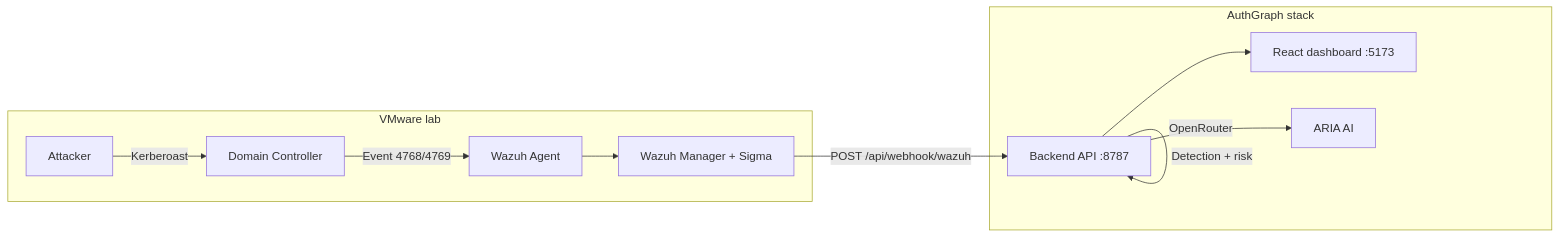
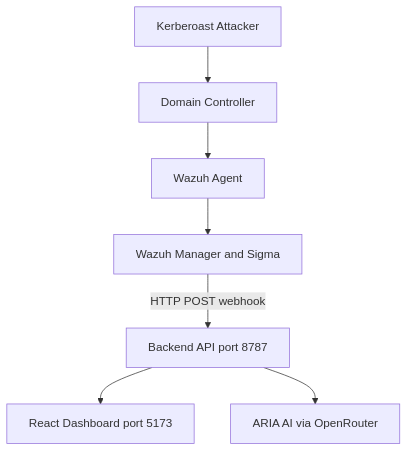
One commit to hackatonteam96-eng/Autograph changed the diagram in README.md. Above: the diagram before and after it, drawn with Mermaid. The commit also changed other lines of this file, not shown here.

Commit message:
Fix README Mermaid diagram for GitHub rendering.
Remove subgraphs, colons in node labels, and self-loops that break GitHub Mermaid; add ASCII fallback.

````diff
--- a/README.md
+++ b/README.md
@@ -25,18 +25,9 @@
 ```mermaid
-flowchart LR
-  subgraph Lab["VMware lab"]
-    A[Attacker] -->|Kerberoast| DC[Domain Controller]
-    DC -->|Event 4768/4769| WA[Wazuh Agent]
-    WA --> WM[Wazuh Manager + Sigma]
-  end
-
-  WM -->|POST /api/webhook/wazuh| API
-
-  subgraph AuthGraph["AuthGraph stack"]
-    API[Backend API :8787]
-    UI[React dashboard :5173]
-    API -->|Detection + risk| API
-    API -->|OpenRouter| ARIA[ARIA AI]
-    API --> UI
-  end
+flowchart TB
+  Attacker[Kerberoast Attacker] --> DC[Domain Controller]
+  DC --> Agent[Wazuh Agent]
+  Agent --> Manager[Wazuh Manager and Sigma]
+  Manager -->|HTTP POST webhook| API[Backend API port 8787]
+  API --> UI[React Dashboard port 5173]
+  API --> ARIA[ARIA AI via OpenRouter]
 ```
````
